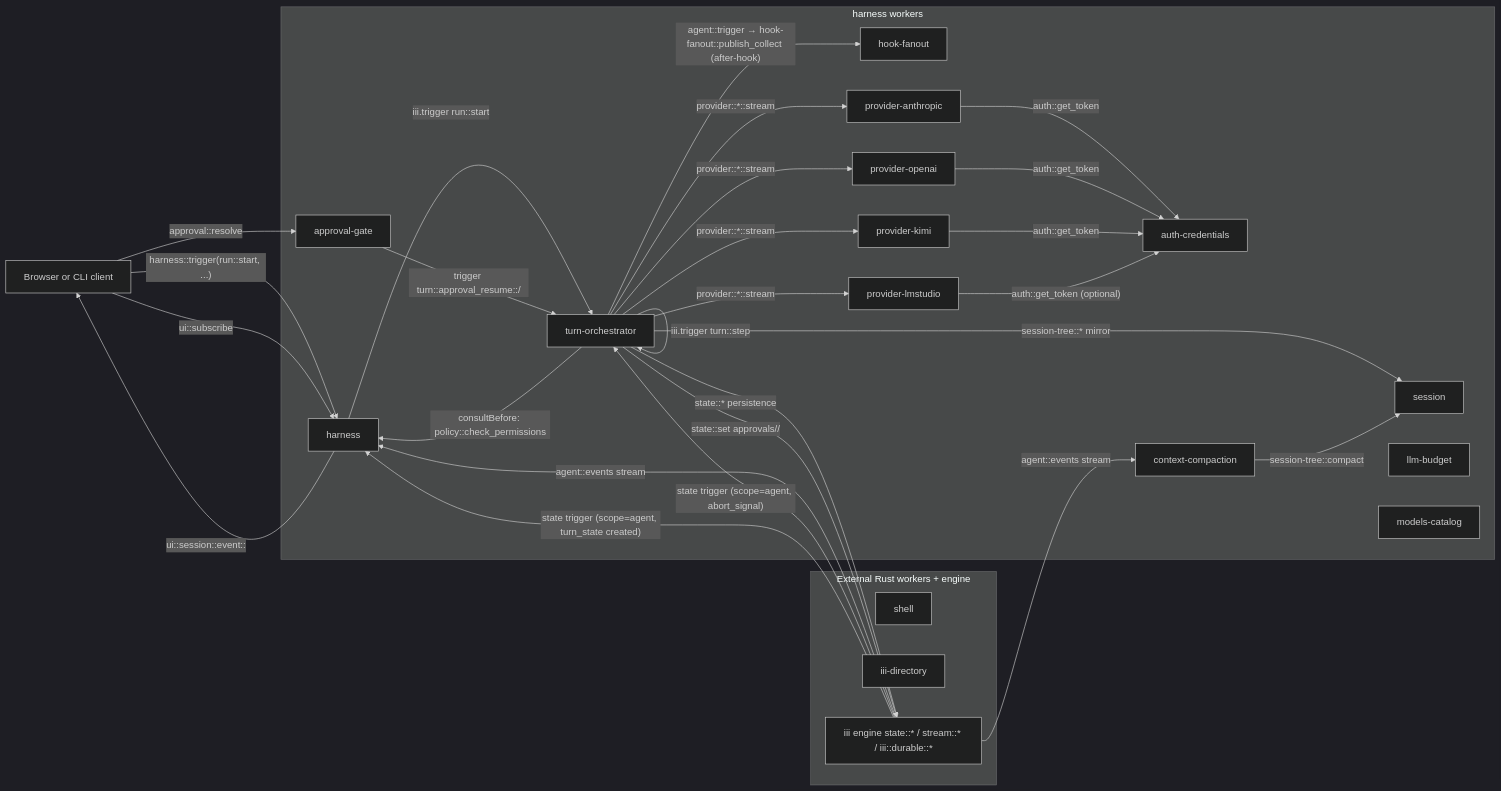
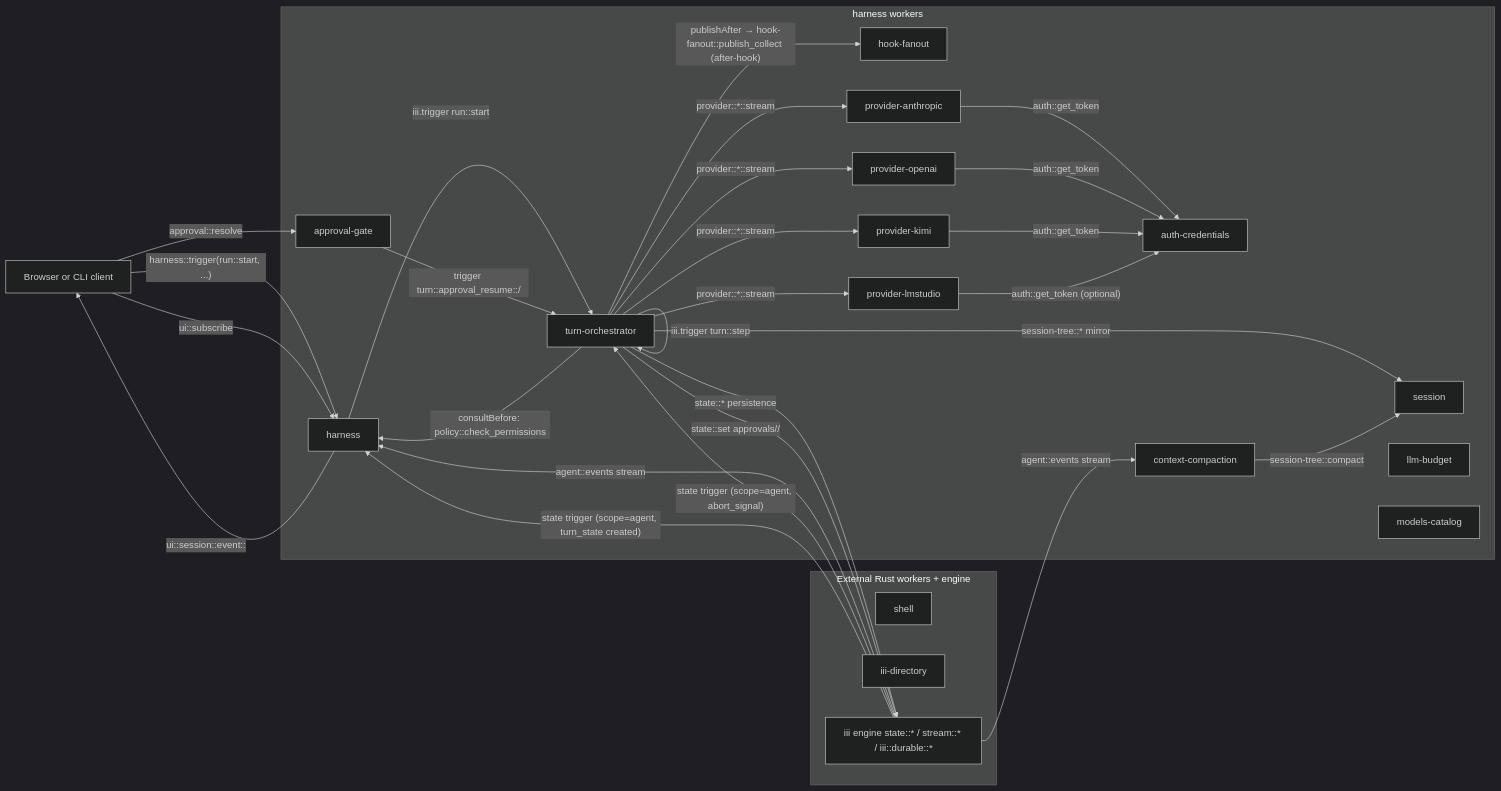
The first of 5 diagrams in harness/docs/architecture.md (iii-hq/workers), drawn with Mermaid (dark theme) before and after one commit. The commit also changed other lines of this file and 40 other files, not shown here.

````diff
--- a/harness/docs/architecture.md
+++ b/harness/docs/architecture.md
@@ -37,56 +37,56 @@
 ```mermaid
 flowchart LR
   client[Browser or CLI client]
 
   subgraph harnessNode [harness workers]
     harness[harness]
     turnOrch[turn-orchestrator]
     approval[approval-gate]
     session[session]
     budget[llm-budget]
     hook[hook-fanout]
     auth[auth-credentials]
     models[models-catalog]
     provAnth[provider-anthropic]
     provOAI[provider-openai]
     provKimi[provider-kimi]
     provLms[provider-lmstudio]
     compact[context-compaction]
   end
 
   subgraph external [External Rust workers + engine]
     shell[shell]
     directory[iii-directory]
     state["iii engine state::* / stream::* / iii::durable::*"]
   end
 
   client -- "harness::trigger(run::start, ...)" --> harness
   harness -- "iii.trigger run::start" --> turnOrch
   client -- "ui::subscribe" --> harness
 
   turnOrch -- "provider::*::stream" --> provAnth
   turnOrch -- "provider::*::stream" --> provOAI
   turnOrch -- "provider::*::stream" --> provKimi
   turnOrch -- "provider::*::stream" --> provLms
   turnOrch -- "consultBefore: policy::check_permissions" --> harness
-  turnOrch -- "agent::trigger → hook-fanout::publish_collect (after-hook)" --> hook
+  turnOrch -- "publishAfter → hook-fanout::publish_collect (after-hook)" --> hook
   turnOrch -- "session-tree::* mirror" --> session
   turnOrch -- "state::* persistence" --> state
 
   client -- "approval::resolve" --> approval
   approval -- "trigger turn::approval_resume::<sid>/<cid>" --> turnOrch
   turnOrch -- "state::set approvals/<sid>/<cid>" --> state
   turnOrch -- "iii.trigger turn::step" --> turnOrch
 
   provAnth -- "auth::get_token" --> auth
   provOAI -- "auth::get_token" --> auth
   provKimi -- "auth::get_token" --> auth
   provLms -- "auth::get_token (optional)" --> auth
 
   state -- "agent::events stream" --> harness
   state -- "agent::events stream" --> compact
   state -- "state trigger (scope=agent, abort_signal)" --> turnOrch
   state -- "state trigger (scope=agent, turn_state created)" --> harness
   harness -- "ui::session::event::<browser_id>" --> client
   compact -- "session-tree::compact" --> session
 ```
````
